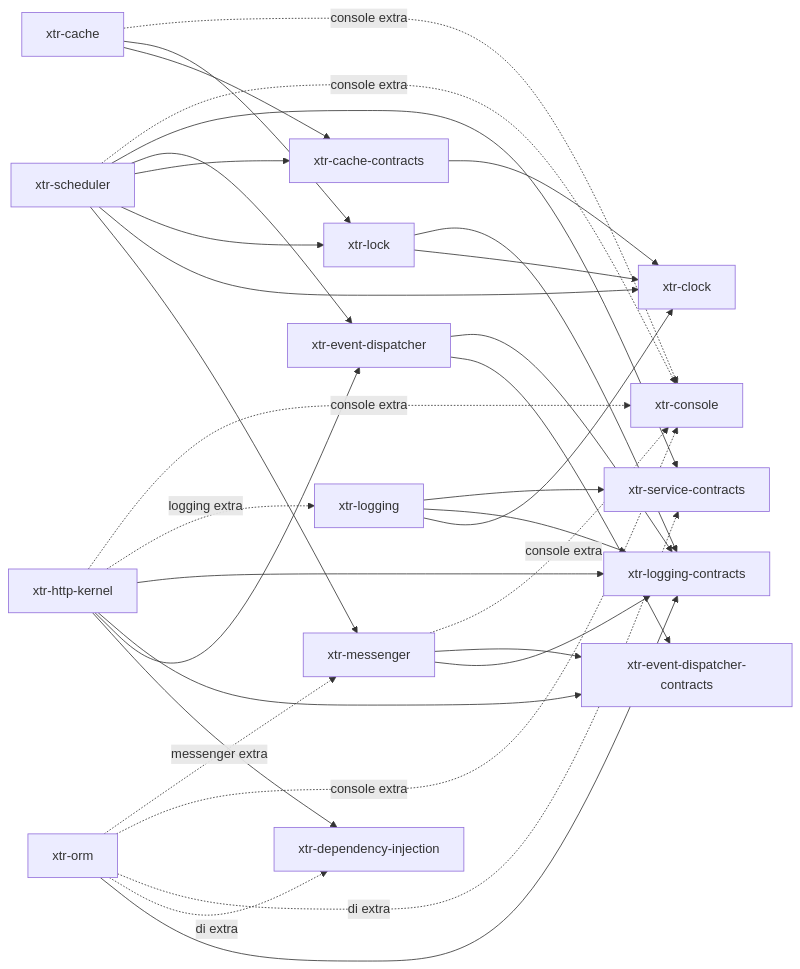
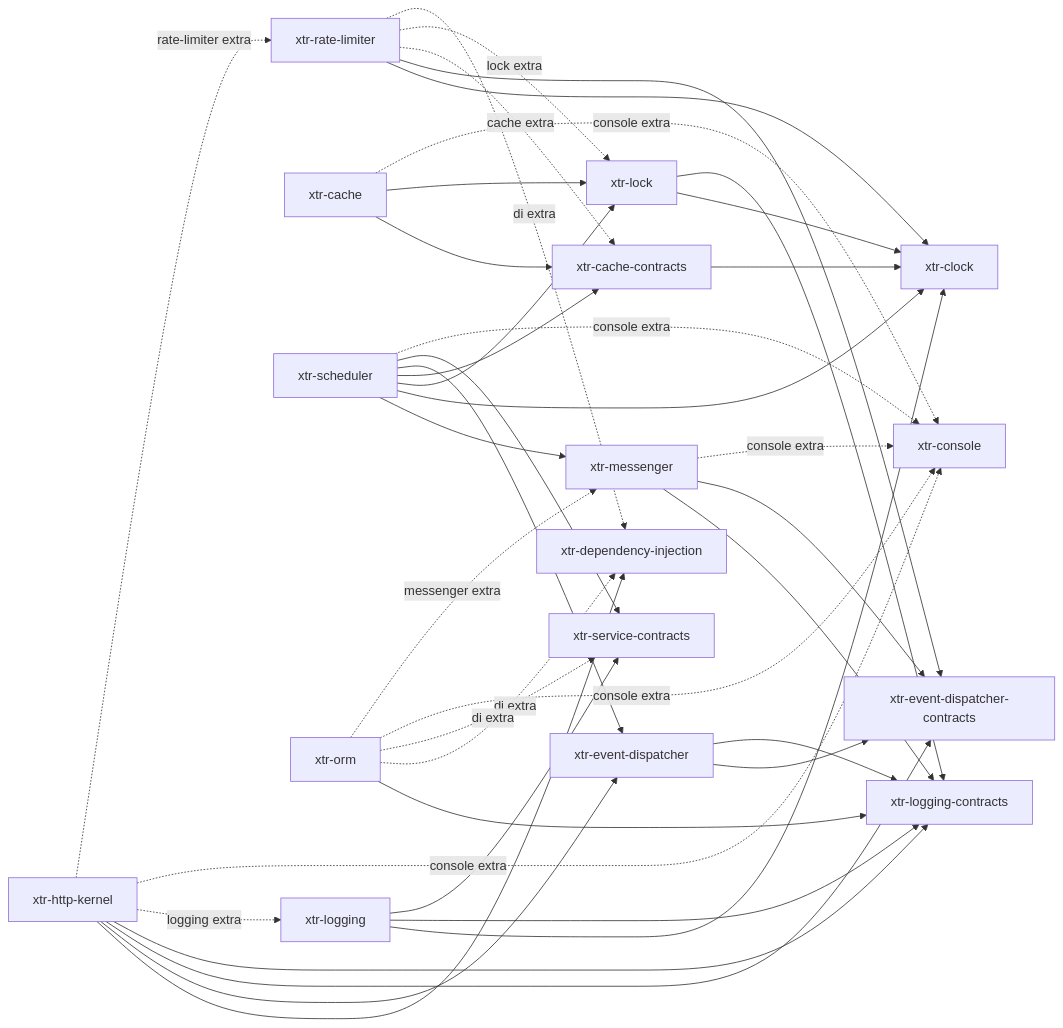
The diagram in README.md (xterr/python-xtr), drawn with Mermaid before and after one commit. The commit also changed other lines of this file and 133 other files, not shown here.

Commit message:
feature: add xtr-rate-limiter, and rate limits on routes in xtr-http-kernel

````diff
--- a/README.md
+++ b/README.md
@@ -43,35 +44,41 @@
 ```mermaid
 graph LR
     logging[xtr-logging] --> clock[xtr-clock]
     logging --> logcon[xtr-logging-contracts]
     logging --> svccon[xtr-service-contracts]
     messenger[xtr-messenger] --> logcon
     messenger --> eventcon
     lock[xtr-lock] --> clock
     lock --> logcon
     cachecon[xtr-cache-contracts] --> clock
     cache[xtr-cache] --> cachecon
     cache --> lock
     cache -. console extra .-> console
     events[xtr-event-dispatcher] --> eventcon[xtr-event-dispatcher-contracts]
     events --> logcon
     messenger -. console extra .-> console[xtr-console]
     scheduler[xtr-scheduler] --> messenger
     scheduler --> clock
     scheduler --> lock
     scheduler --> cachecon
     scheduler --> events
     scheduler --> svccon
     scheduler -. console extra .-> console
     httpkernel[xtr-http-kernel] --> di[xtr-dependency-injection]
     httpkernel --> events
     httpkernel --> eventcon
     httpkernel --> logcon
     httpkernel -. logging extra .-> logging
     httpkernel -. console extra .-> console
     orm[xtr-orm] --> logcon
     orm -. di extra .-> di
     orm -. di extra .-> svccon
     orm -. console extra .-> console
     orm -. messenger extra .-> messenger
+    ratelimiter[xtr-rate-limiter] --> clock
+    ratelimiter --> eventcon
+    ratelimiter -. cache extra .-> cachecon
+    ratelimiter -. lock extra .-> lock
+    ratelimiter -. di extra .-> di
+    httpkernel -. rate-limiter extra .-> ratelimiter
 ```
````
